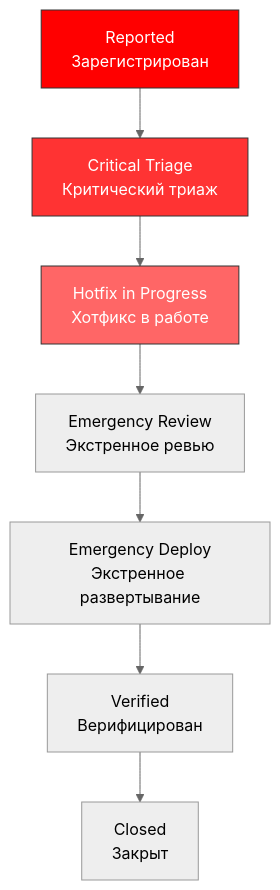
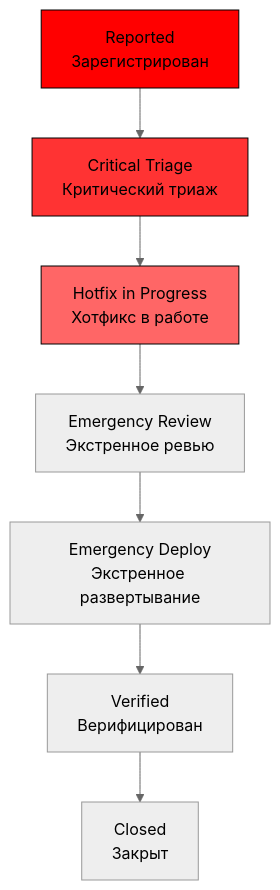
Before and after one commit to YaroslavMizgirev/my-jira: the diagram in data-scheme/about workflow/critical-bug-workflow.md, drawn with Mermaid (neutral theme).

Commit message:
Update Workflow для Critical Bugs

````diff
--- a/data-scheme/about workflow/critical-bug-workflow.md
+++ b/data-scheme/about workflow/critical-bug-workflow.md
@@ -3,13 +3,13 @@
 ```mermaid
 graph TD
     A[Reported<br/>Зарегистрирован] --> B[Critical Triage<br/>Критический триаж]
     B --> C[Hotfix in Progress<br/>Хотфикс в работе]
     C --> D[Emergency Review<br/>Экстренное ревью]
     D --> E[Emergency Deploy<br/>Экстренное развертывание]
     E --> F[Verified<br/>Верифицирован]
     F --> G[Closed<br/>Закрыт]
     
-    style A fill:#ff0000,stroke:#333,color:#fff
-    style B fill:#ff3333,stroke:#333,color:#fff
-    style C fill:#ff6666,stroke:#333,color:#fff
+    style A fill:#ff0000,stroke:#000,color:#000
+    style B fill:#ff3333,stroke:#000,color:#000
+    style C fill:#ff6666,stroke:#000,color:#000
 ```
````
